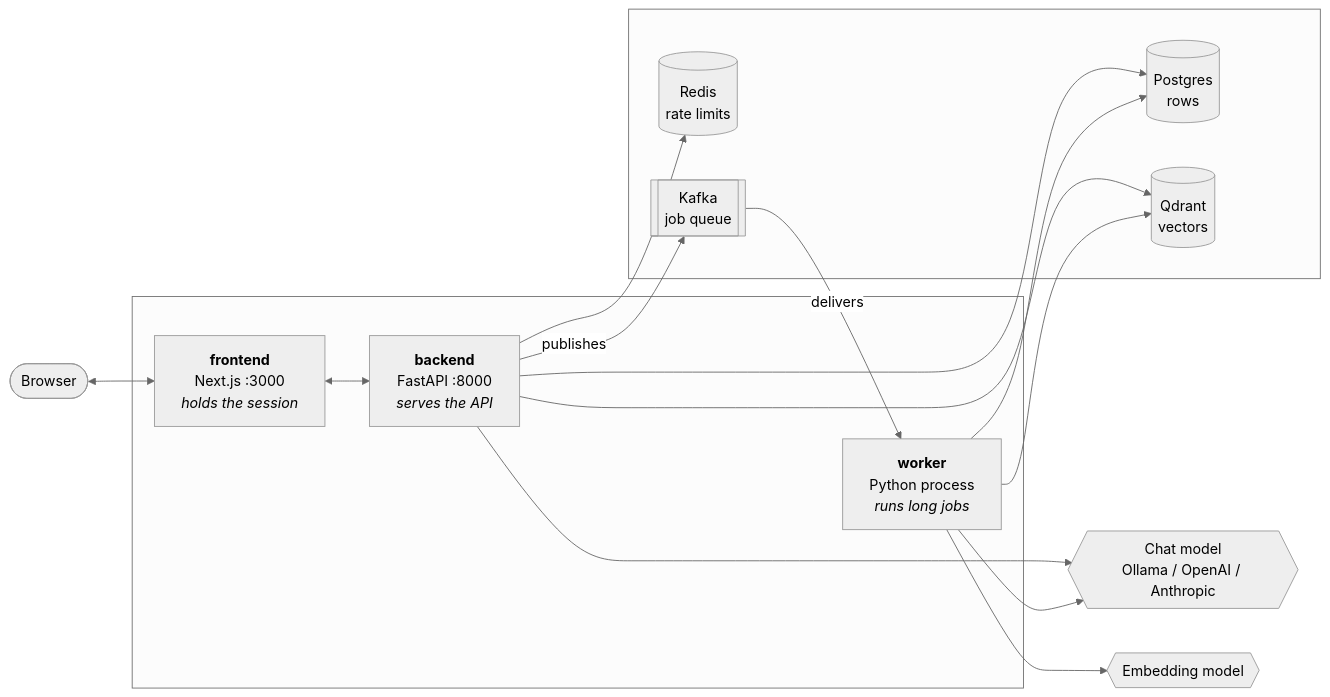
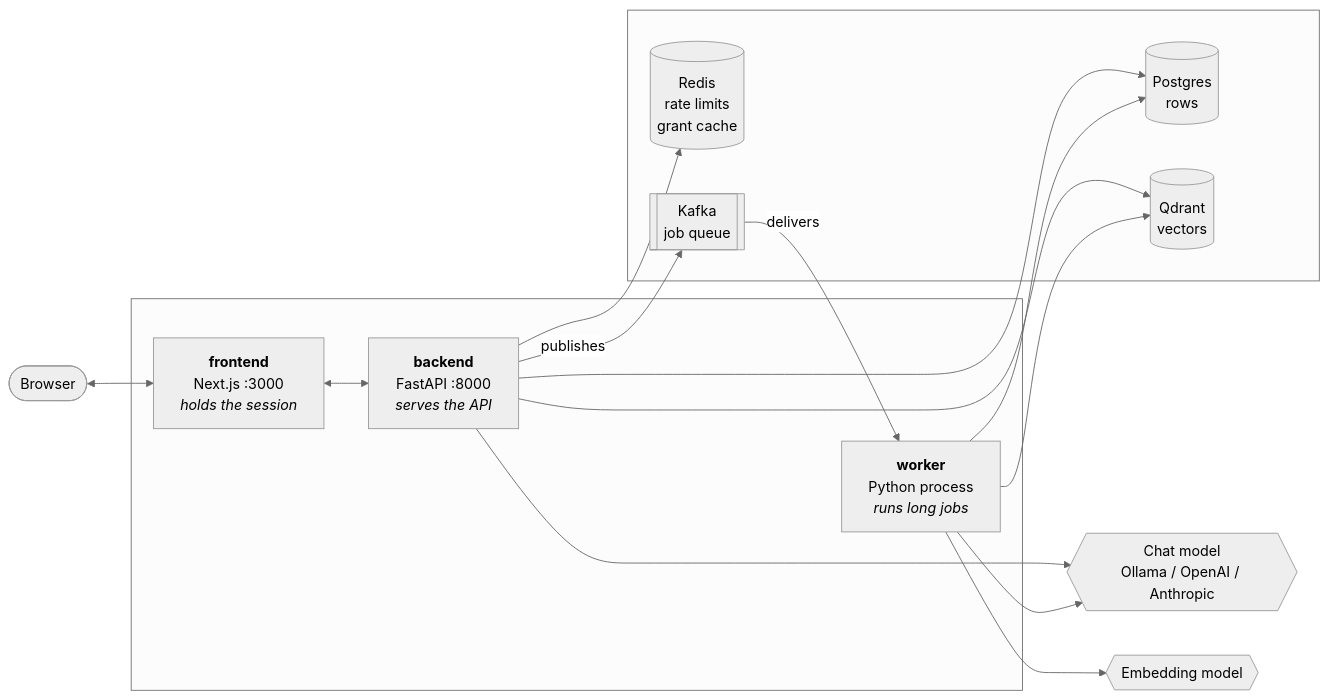
The first of 3 diagrams in docs/architecture.md (aolus-software/ask-repo), drawn with Mermaid (neutral theme) before and after one commit. The commit also changed other lines of this file and 14 other files, not shown here.

````diff
--- a/docs/architecture.md
+++ b/docs/architecture.md
@@ -16,26 +16,26 @@
 ```mermaid
 flowchart LR
     B([Browser])
     subgraph app[" "]
       F["<b>frontend</b><br/>Next.js :3000<br/><i>holds the session</i>"]
       A["<b>backend</b><br/>FastAPI :8000<br/><i>serves the API</i>"]
       W["<b>worker</b><br/>Python process<br/><i>runs long jobs</i>"]
     end
     subgraph data[" "]
       P[("Postgres<br/>rows")]
       Q[("Qdrant<br/>vectors")]
-      R[("Redis<br/>rate limits")]
+      R[("Redis<br/>rate limits<br/>grant cache")]
       K[["Kafka<br/>job queue"]]
     end
     M{{"Chat model<br/>Ollama / OpenAI / Anthropic"}}
     E{{"Embedding model"}}
 
     B <--> F
     F <--> A
     A --> P & Q & R
     A -- publishes --> K
     K -- delivers --> W
     W --> P & Q
     A --> M
     W --> M & E
 ```
````
